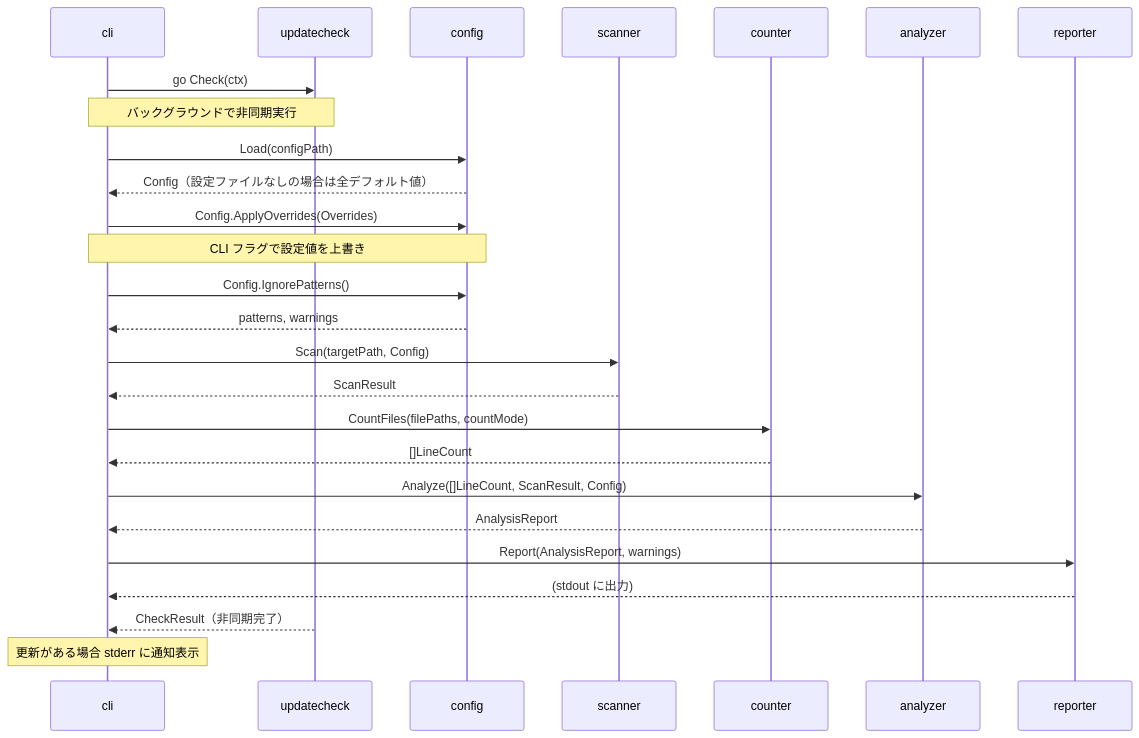
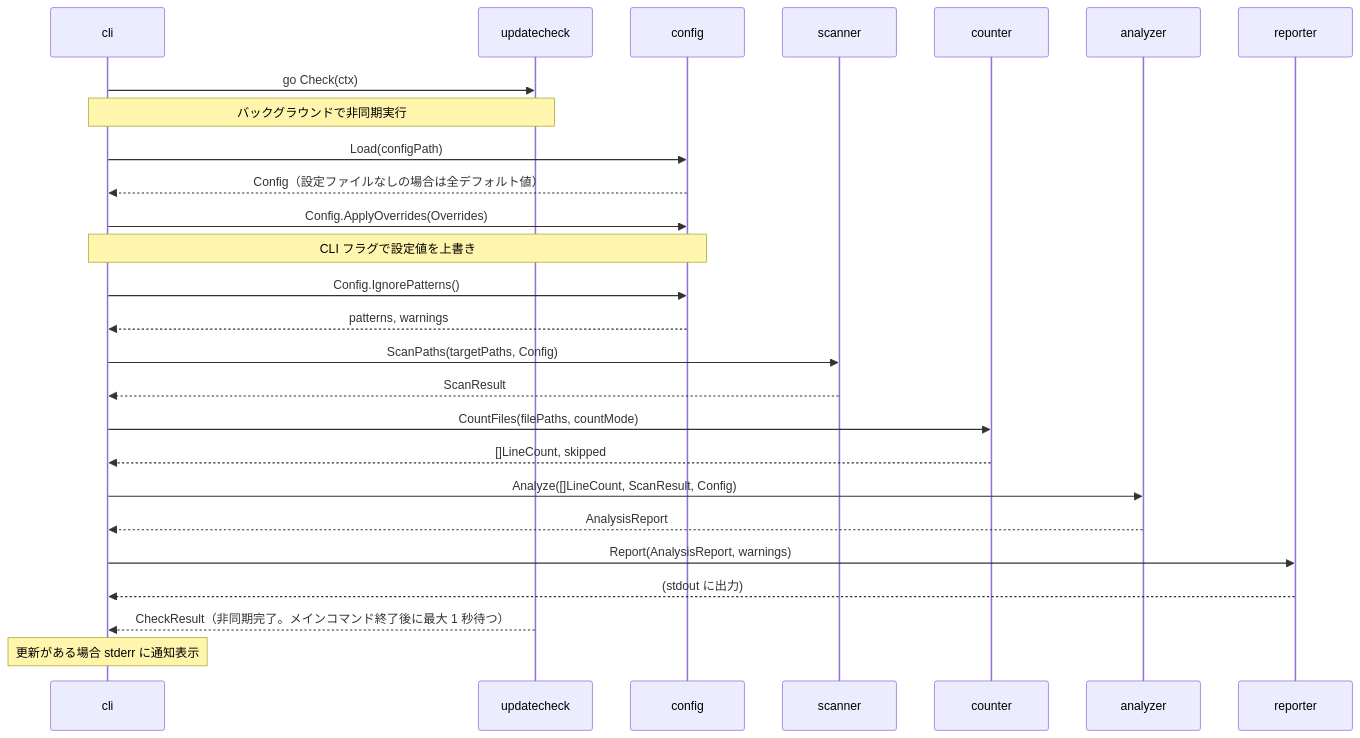
Before and after one commit to ousiassllc/Linterly: the third of 3 diagrams in docs/components/overview.md, drawn with Mermaid. The commit also changed other lines of this file, not shown here.

Commit message:
docs: コンポーネント設計の依存・scanner・counter・config・updatecheck を実装に合わせて更新（#48, #49, #52, #56, #61, #62, #66）

````diff
--- a/docs/components/overview.md
+++ b/docs/components/overview.md
@@ -534,29 +601,29 @@
 ```mermaid
 sequenceDiagram
     participant CLI as cli
     participant UC as updatecheck
     participant Cfg as config
     participant Scn as scanner
     participant Cnt as counter
     participant Ana as analyzer
     participant Rpt as reporter
 
     CLI->>UC: go Check(ctx)
     Note over CLI,UC: バックグラウンドで非同期実行
     CLI->>Cfg: Load(configPath)
     Cfg-->>CLI: Config（設定ファイルなしの場合は全デフォルト値）
     CLI->>Cfg: Config.ApplyOverrides(Overrides)
     Note over CLI,Cfg: CLI フラグで設定値を上書き
     CLI->>Cfg: Config.IgnorePatterns()
     Cfg-->>CLI: patterns, warnings
-    CLI->>Scn: Scan(targetPath, Config)
+    CLI->>Scn: ScanPaths(targetPaths, Config)
     Scn-->>CLI: ScanResult
     CLI->>Cnt: CountFiles(filePaths, countMode)
-    Cnt-->>CLI: []LineCount
+    Cnt-->>CLI: []LineCount, skipped
     CLI->>Ana: Analyze([]LineCount, ScanResult, Config)
     Ana-->>CLI: AnalysisReport
     CLI->>Rpt: Report(AnalysisReport, warnings)
     Rpt-->>CLI: (stdout に出力)
-    UC-->>CLI: CheckResult（非同期完了）
+    UC-->>CLI: CheckResult（非同期完了。メインコマンド終了後に最大 1 秒待つ）
     Note over CLI: 更新がある場合 stderr に通知表示
 ```
````
